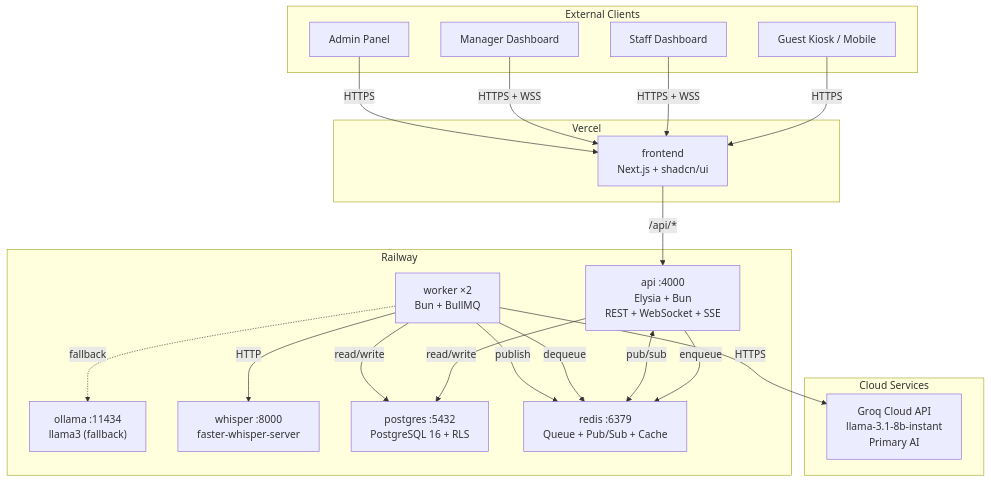
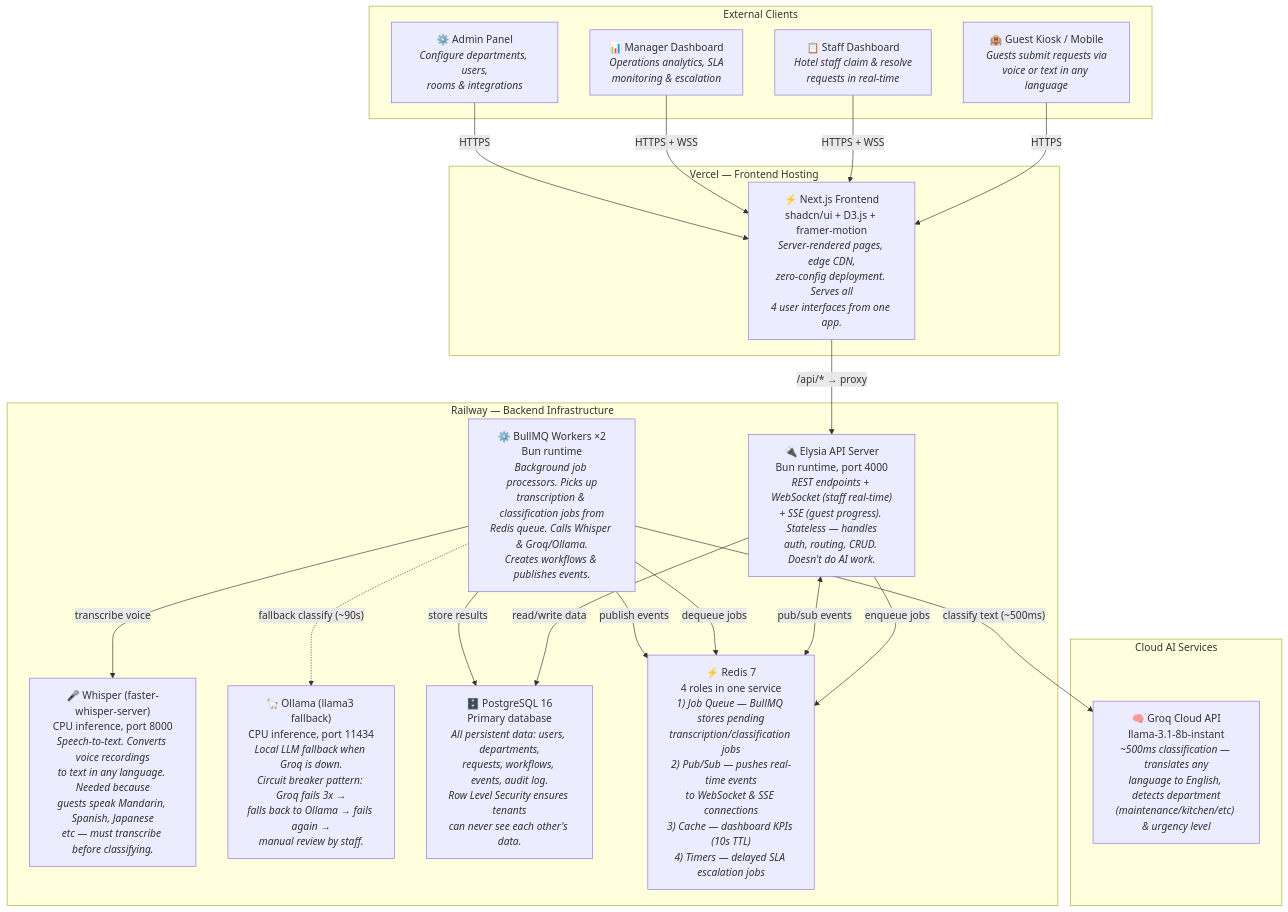
The diagram in docs/diagrams/architecture.mmd (tachyon-development/test-translation), drawn with Mermaid before and after one commit. The commit also changed 1 other file, not shown here.

Commit message:
docs: elaborate architecture diagram with WHY each service exists

```diff
--- a/docs/diagrams/architecture.mmd
+++ b/docs/diagrams/architecture.mmd
@@ -1,42 +1,47 @@
 graph TB
     subgraph External["External Clients"]
-        GK["Guest Kiosk / Mobile"]
-        SD["Staff Dashboard"]
-        MD["Manager Dashboard"]
-        AD["Admin Panel"]
+        GK["🏨 Guest Kiosk / Mobile<br/><i>Guests submit requests via<br/>voice or text in any language</i>"]
+        SD["📋 Staff Dashboard<br/><i>Hotel staff claim & resolve<br/>requests in real-time</i>"]
+        MD["📊 Manager Dashboard<br/><i>Operations analytics, SLA<br/>monitoring & escalation</i>"]
+        AD["⚙️ Admin Panel<br/><i>Configure departments, users,<br/>rooms & integrations</i>"]
     end
 
-    subgraph Cloud["Cloud Services"]
-        GROQ["Groq Cloud API<br/>llama-3.1-8b-instant<br/>Primary AI"]
+    subgraph Cloud["Cloud AI Services"]
+        GROQ["🧠 Groq Cloud API<br/>llama-3.1-8b-instant<br/><i>~500ms classification — translates any<br/>language to English, detects department<br/>(maintenance/kitchen/etc) & urgency level</i>"]
     end
 
-    subgraph Vercel["Vercel"]
-        FE["frontend<br/>Next.js + shadcn/ui"]
+    subgraph Vercel["Vercel — Frontend Hosting"]
+        FE["⚡ Next.js Frontend<br/>shadcn/ui + D3.js + framer-motion<br/><i>Server-rendered pages, edge CDN,<br/>zero-config deployment. Serves all<br/>4 user interfaces from one app.</i>"]
     end
 
-    subgraph Railway["Railway"]
-        API["api :4000<br/>Elysia + Bun<br/>REST + WebSocket + SSE"]
-        WK["worker ×2<br/>Bun + BullMQ"]
-        OL["ollama :11434<br/>llama3 (fallback)"]
-        WH["whisper :8000<br/>faster-whisper-server"]
-        PG["postgres :5432<br/>PostgreSQL 16 + RLS"]
-        RD["redis :6379<br/>Queue + Pub/Sub + Cache"]
+    subgraph Railway["Railway — Backend Infrastructure"]
+        API["🔌 Elysia API Server<br/>Bun runtime, port 4000<br/><i>REST endpoints + WebSocket (staff real-time)<br/>+ SSE (guest progress). Stateless — handles<br/>auth, routing, CRUD. Doesn't do AI work.</i>"]
+
+        WK["⚙️ BullMQ Workers ×2<br/>Bun runtime<br/><i>Background job processors. Picks up<br/>transcription & classification jobs from<br/>Redis queue. Calls Whisper & Groq/Ollama.<br/>Creates workflows & publishes events.</i>"]
+
+        WH["🎤 Whisper (faster-whisper-server)<br/>CPU inference, port 8000<br/><i>Speech-to-text. Converts voice recordings<br/>to text in any language. Needed because<br/>guests speak Mandarin, Spanish, Japanese<br/>etc — must transcribe before classifying.</i>"]
+
+        OL["🦙 Ollama (llama3 fallback)<br/>CPU inference, port 11434<br/><i>Local LLM fallback when Groq is down.<br/>Circuit breaker pattern: Groq fails 3x →<br/>falls back to Ollama → fails again →<br/>manual review by staff.</i>"]
+
+        PG["🗄️ PostgreSQL 16<br/>Primary database<br/><i>All persistent data: users, departments,<br/>requests, workflows, events, audit log.<br/>Row Level Security ensures tenants<br/>can never see each other's data.</i>"]
+
+        RD["⚡ Redis 7<br/>4 roles in one service<br/><i>1) Job Queue — BullMQ stores pending<br/>transcription/classification jobs<br/>2) Pub/Sub — pushes real-time events<br/>to WebSocket & SSE connections<br/>3) Cache — dashboard KPIs (10s TTL)<br/>4) Timers — delayed SLA escalation jobs</i>"]
     end
 
     GK -->|"HTTPS"| FE
     SD -->|"HTTPS + WSS"| FE
     MD -->|"HTTPS + WSS"| FE
     AD -->|"HTTPS"| FE
 
-    FE -->|"/api/*"| API
+    FE -->|"/api/* → proxy"| API
 
-    API -->|"enqueue"| RD
-    API -->|"read/write"| PG
-    API <-->|"pub/sub"| RD
+    API -->|"enqueue jobs"| RD
+    API -->|"read/write data"| PG
+    API <-->|"pub/sub events"| RD
 
-    WK -->|"dequeue"| RD
-    WK -->|"HTTPS"| GROQ
-    WK -.->|"fallback"| OL
-    WK -->|"HTTP"| WH
-    WK -->|"read/write"| PG
-    WK -->|"publish"| RD
+    WK -->|"dequeue jobs"| RD
+    WK -->|"classify text (~500ms)"| GROQ
+    WK -.->|"fallback classify (~90s)"| OL
+    WK -->|"transcribe voice"| WH
+    WK -->|"store results"| PG
+    WK -->|"publish events"| RD
```
